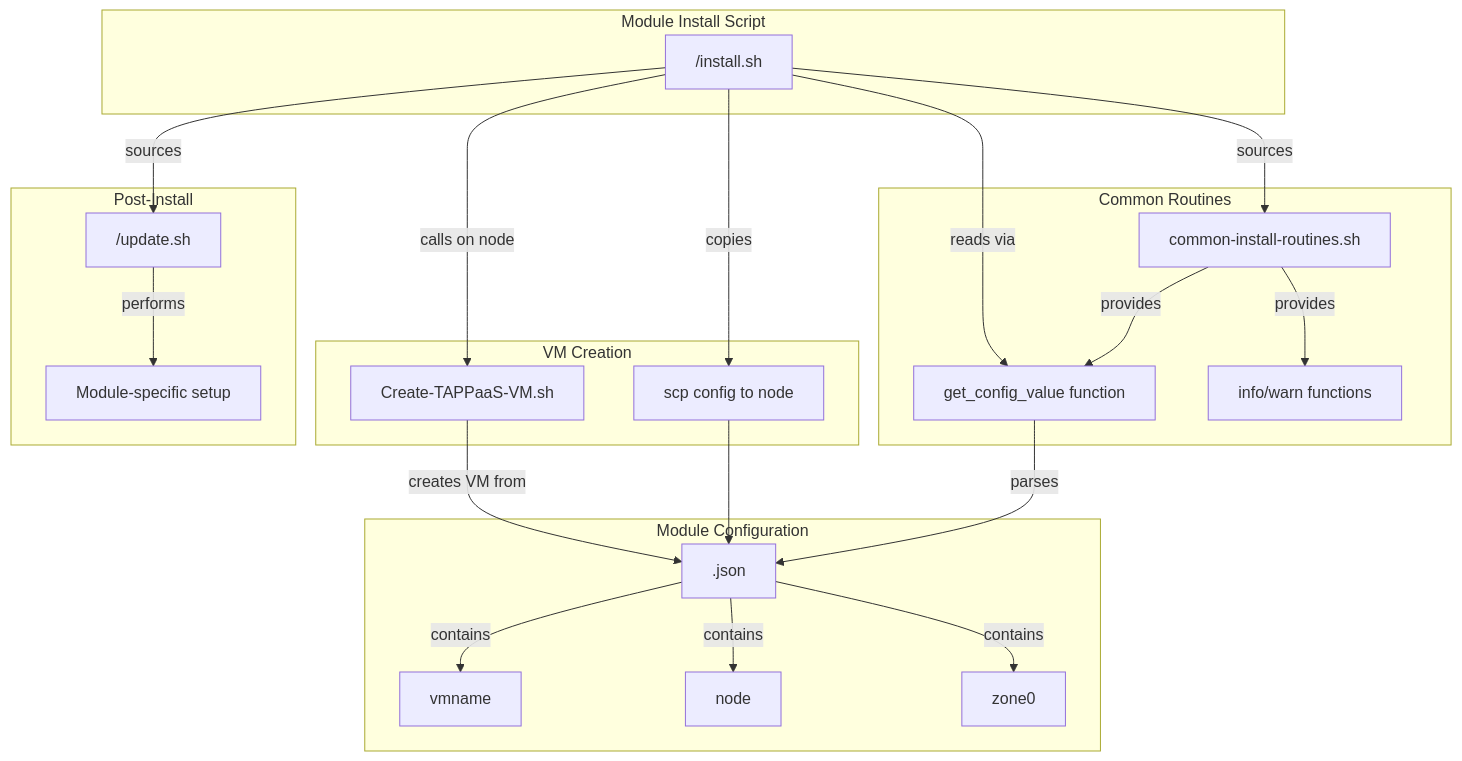
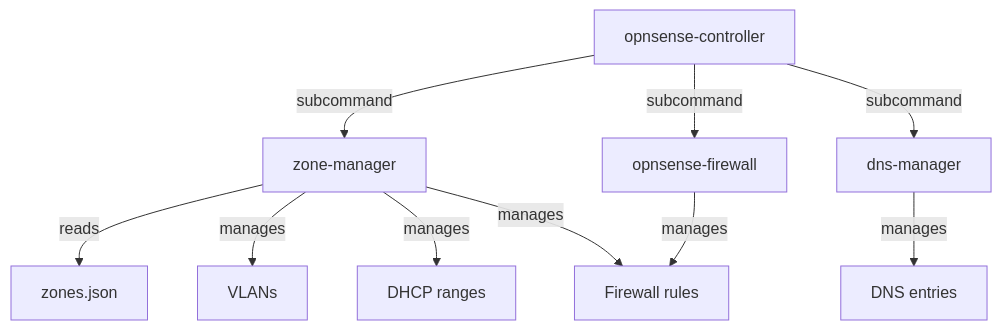
One commit to TAPPaaS/TAPPaaS changed the sixth of 8 diagrams in src/foundation/DEPENDENCIES.md. Above: the diagram before and after it, drawn with Mermaid. The commit also changed other lines of this file and 50 other files, not shown here.

````diff
--- a/src/foundation/DEPENDENCIES.md
+++ b/src/foundation/DEPENDENCIES.md
@@ -397,47 +184,15 @@
 ```mermaid
 graph TD
-    subgraph "Module Install Script"
-        A["<module>/install.sh"]
-    end
+    A[opnsense-controller] -->|subcommand| B[zone-manager]
+    A -->|subcommand| C[dns-manager]
+    A -->|subcommand| D[opnsense-firewall]
 
-    subgraph "Common Routines"
-        B[common-install-routines.sh]
-        C[get_config_value function]
-        D[info/warn functions]
-    end
+    B -->|reads| E[zones.json]
+    B -->|manages| F[VLANs]
+    B -->|manages| G[DHCP ranges]
+    B -->|manages| H[Firewall rules]
 
-    subgraph "Module Configuration"
-        E["<module>.json"]
-        F[vmname]
-        G[node]
-        H[zone0]
-    end
+    C -->|manages| I[DNS entries]
 
-    subgraph "VM Creation"
-        I[scp config to node]
-        J[Create-TAPPaaS-VM.sh]
-    end
-
-    subgraph "Post-Install"
-        K["<module>/update.sh"]
-        L[Module-specific setup]
-    end
-
-    A -->|sources| B
-    B -->|provides| C
-    B -->|provides| D
-
-    A -->|reads via| C
-    C -->|parses| E
-    E -->|contains| F
-    E -->|contains| G
-    E -->|contains| H
-
-    A -->|copies| I
-    I --> E
-    A -->|calls on node| J
-    J -->|creates VM from| E
-
-    A -->|sources| K
-    K -->|performs| L
+    D -->|manages| H
 ```
````
